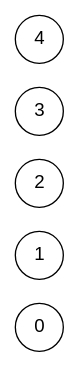
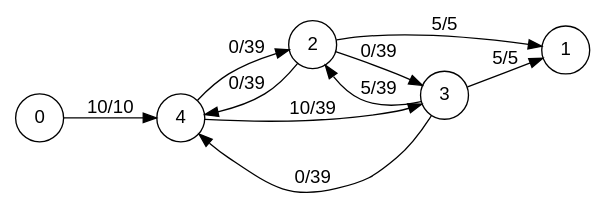
One commit to nicolasmggRigal/Ford-Fulkerson-OCaml changed the diagram in graph.gv. Above: the diagram before and after it, drawn with Graphviz. The commit also changed 4 other files, not shown here.

```diff
--- a/graph.gv
+++ b/graph.gv
@@ -1,7 +1,16 @@
 digraph outgraph {
 		fontname="Helvetica,Arial,sans-serif"
 		node [fontname="Helvetica,Arial,sans-serif"]
 		edge [fontname="Helvetica,Arial,sans-serif"]
 		rankdir=LR;
 		node [shape = circle]; 0 1 2 3 4
+	2 -> 3 [label = "0/39"];
+	2 -> 4 [label = "0/39"];
+	2 -> 1 [label = "5/5"];
+	3 -> 2 [label = "5/39"];
+	3 -> 4 [label = "0/39"];
+	3 -> 1 [label = "5/5"];
+	4 -> 2 [label = "0/39"];
+	4 -> 3 [label = "10/39"];
+	0 -> 4 [label = "10/10"];
 }
```
